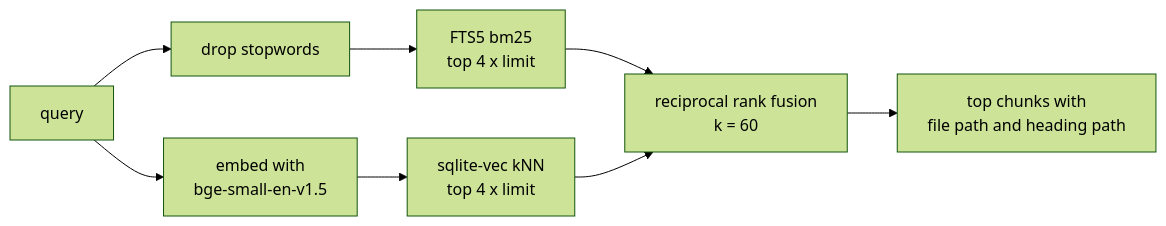
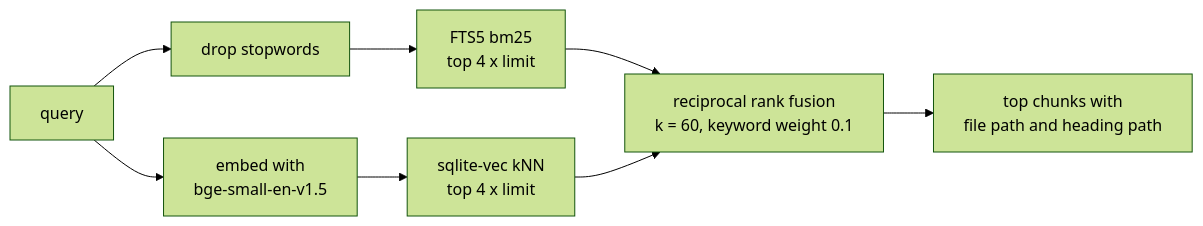
The second of 2 diagrams in README.md (GitGudatCodeing/claude-second-brain), drawn with Mermaid (forest theme) before and after one commit. The commit also changed other lines of this file and 3 other files, not shown here.

First line of the commit message:
Weight keyword ranks at 0.1 in hybrid fusion

````diff
--- a/README.md
+++ b/README.md
@@ -59,8 +59,8 @@
 ```mermaid
 flowchart LR
     q["query"] --> sw["drop stopwords"] --> fts["FTS5 bm25<br/>top 4 x limit"]
     q --> emb["embed with<br/>bge-small-en-v1.5"] --> vec["sqlite-vec kNN<br/>top 4 x limit"]
-    fts --> rrf["reciprocal rank fusion<br/>k = 60"]
+    fts --> rrf["reciprocal rank fusion<br/>k = 60, keyword weight 0.1"]
     vec --> rrf
     rrf --> out["top chunks with<br/>file path and heading path"]
 ```
````
